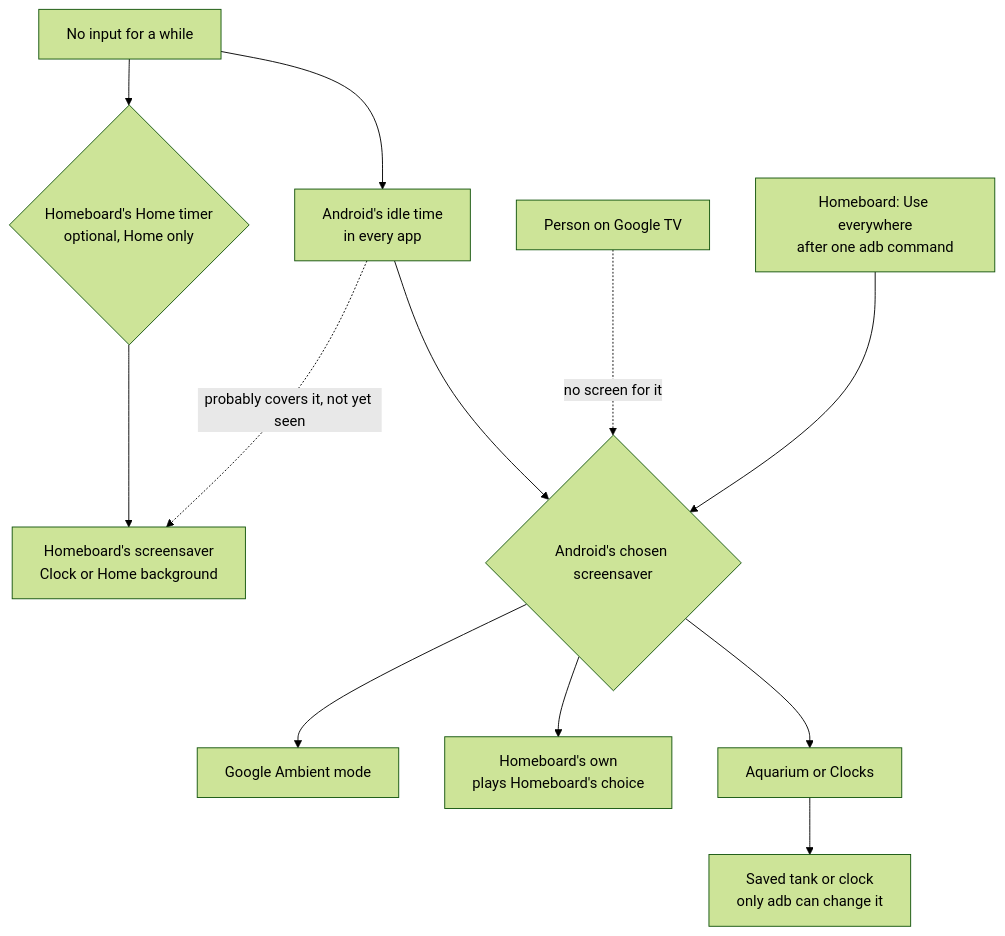
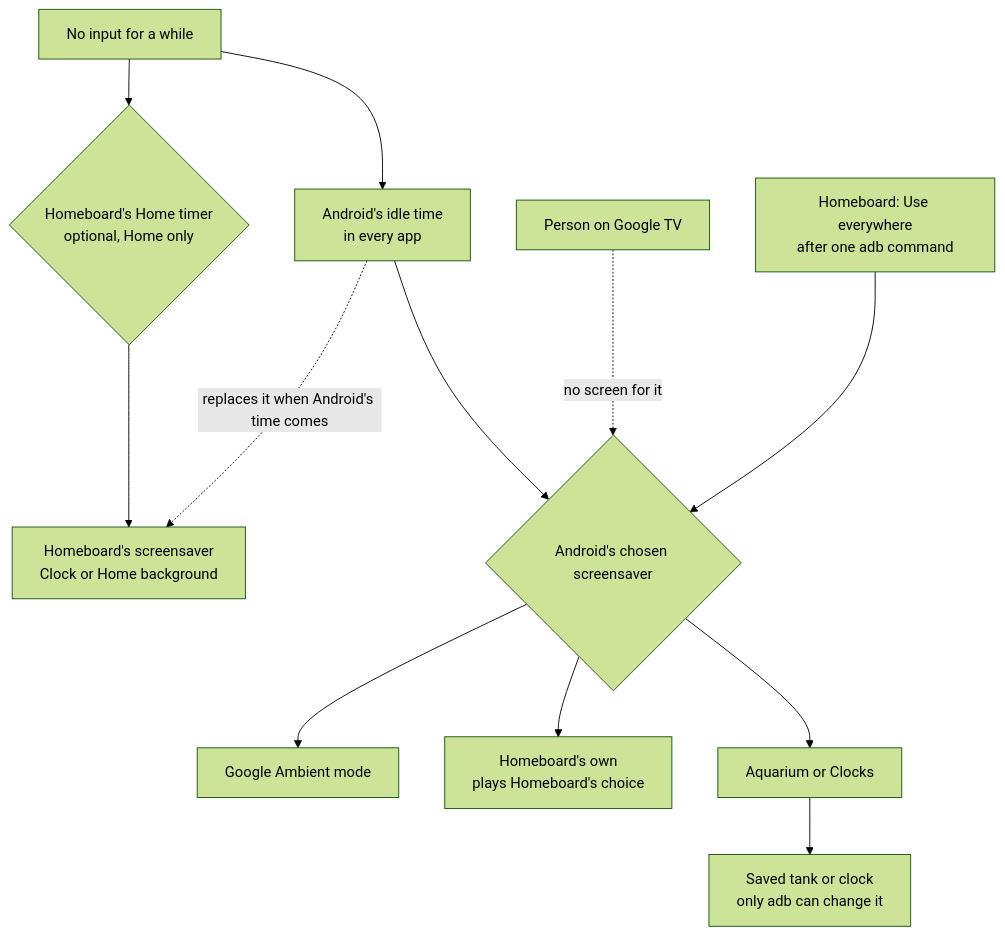
One commit to wbniv/homeboard-tv changed the first of 2 diagrams in docs/investigations/2026-11-26-screensaver-integration.md. Above: the diagram before and after it, drawn with Mermaid (forest theme). The commit also changed other lines of this file and 84 other files, not shown here.

````diff
--- a/docs/investigations/2026-11-26-screensaver-integration.md
+++ b/docs/investigations/2026-11-26-screensaver-integration.md
@@ -19,14 +19,14 @@
 ```mermaid
 flowchart TD
     I[No input for a while] --> HT{"Homeboard's Home timer<br/>optional, Home only"}
     I --> AT[Android's idle time<br/>in every app]
     HT --> HS[Homeboard's screensaver<br/>Clock or Home background]
     AT --> SEL{Android's chosen screensaver}
     SEL --> GA[Google Ambient mode]
     SEL --> HD[Homeboard's own<br/>plays Homeboard's choice]
     SEL --> WF[Aquarium or Clocks]
     WF --> SC[Saved tank or clock<br/>only adb can change it]
     U[Person on Google TV] -. no screen for it .-> SEL
     HB[Homeboard: Use everywhere<br/>after one adb command] --> SEL
-    AT -. probably covers it, not yet seen .-> HS
+    AT -. replaces it when Android's time comes .-> HS
 ```
````
